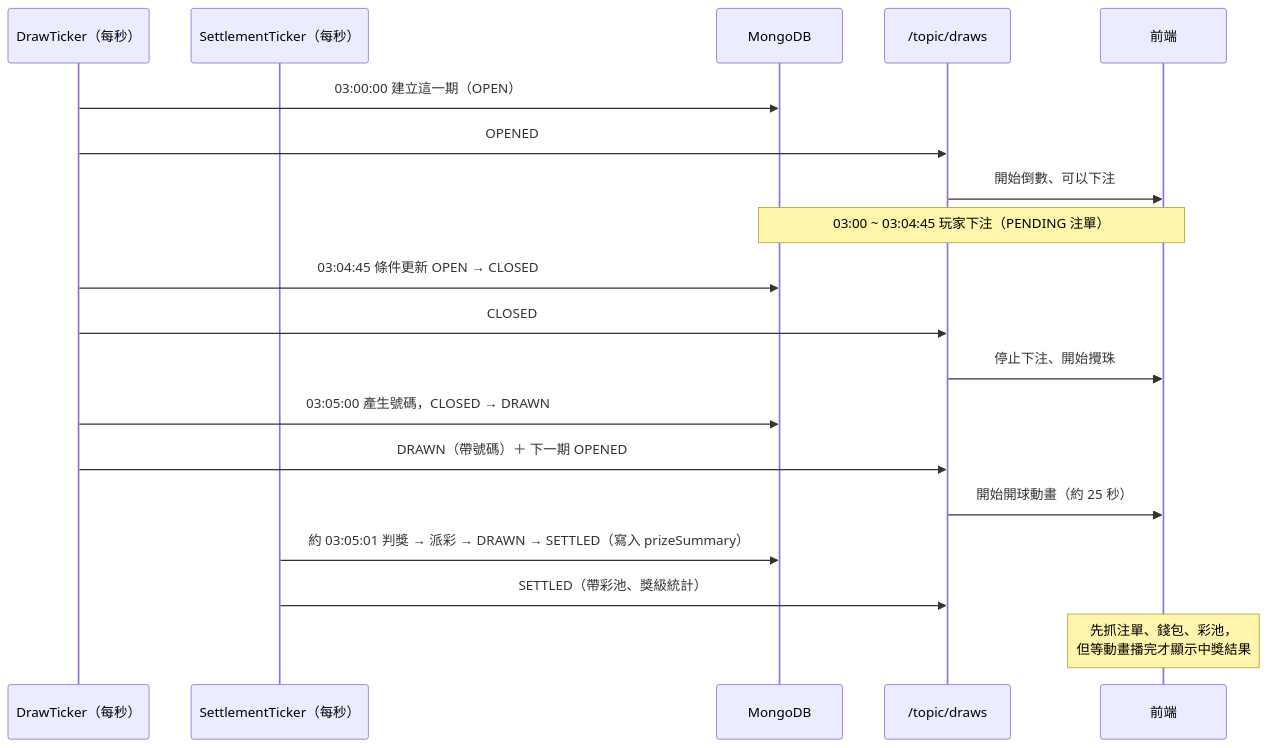
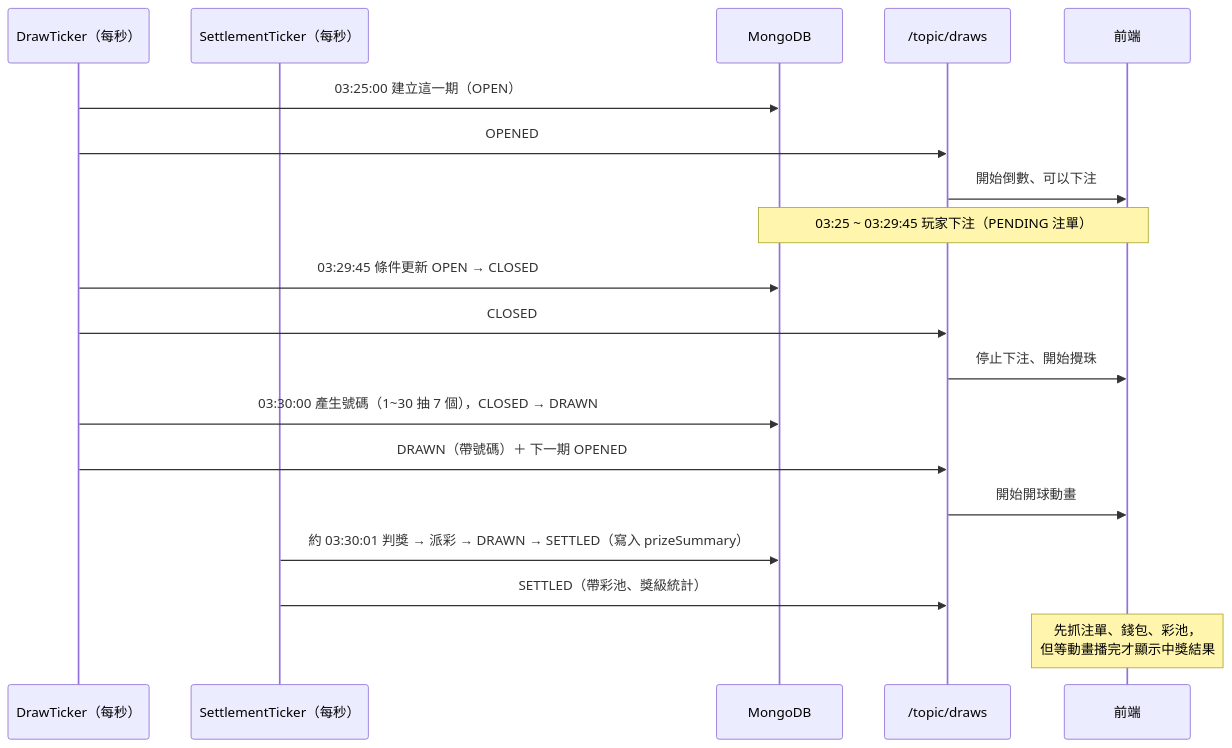
Before and after one commit to rain-sc/30-lab: the fifth of 10 diagrams in docs/learning/project-workflow.md, drawn with Mermaid. The commit also changed other lines of this file and 34 other files, not shown here.

````diff
--- a/docs/learning/project-workflow.md
+++ b/docs/learning/project-workflow.md
@@ -143,22 +194,22 @@
 ```mermaid
 sequenceDiagram
     participant DT as DrawTicker（每秒）
     participant ST as SettlementTicker（每秒）
     participant DB as MongoDB
     participant WS as /topic/draws
     participant FE as 前端
 
-    DT->>DB: 03:00:00 建立這一期（OPEN）
+    DT->>DB: 03:25:00 建立這一期（OPEN）
     DT->>WS: OPENED
     WS->>FE: 開始倒數、可以下注
-    Note over FE,DB: 03:00 ~ 03:04:45 玩家下注（PENDING 注單）
-    DT->>DB: 03:04:45 條件更新 OPEN → CLOSED
+    Note over FE,DB: 03:25 ~ 03:29:45 玩家下注（PENDING 注單）
+    DT->>DB: 03:29:45 條件更新 OPEN → CLOSED
     DT->>WS: CLOSED
     WS->>FE: 停止下注、開始攪珠
-    DT->>DB: 03:05:00 產生號碼，CLOSED → DRAWN
+    DT->>DB: 03:30:00 產生號碼（1~30 抽 7 個），CLOSED → DRAWN
     DT->>WS: DRAWN（帶號碼）＋ 下一期 OPENED
-    WS->>FE: 開始開球動畫（約 25 秒）
-    ST->>DB: 約 03:05:01 判獎 → 派彩 → DRAWN → SETTLED（寫入 prizeSummary）
+    WS->>FE: 開始開球動畫
+    ST->>DB: 約 03:30:01 判獎 → 派彩 → DRAWN → SETTLED（寫入 prizeSummary）
     ST->>WS: SETTLED（帶彩池、獎級統計）
     Note over FE: 先抓注單、錢包、彩池，<br/>但等動畫播完才顯示中獎結果
 ```
````
